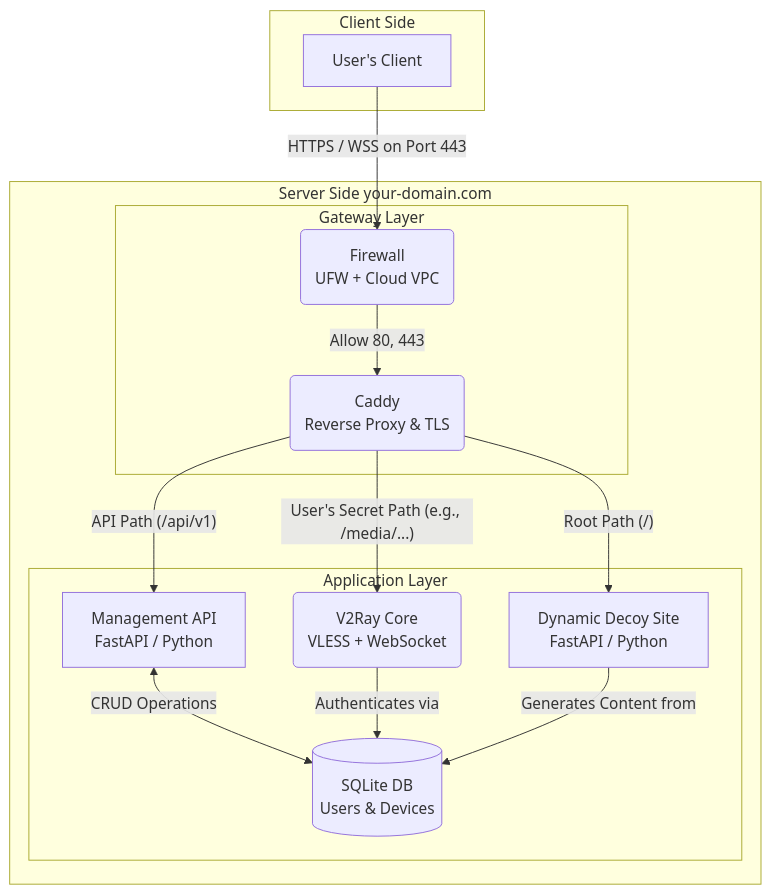
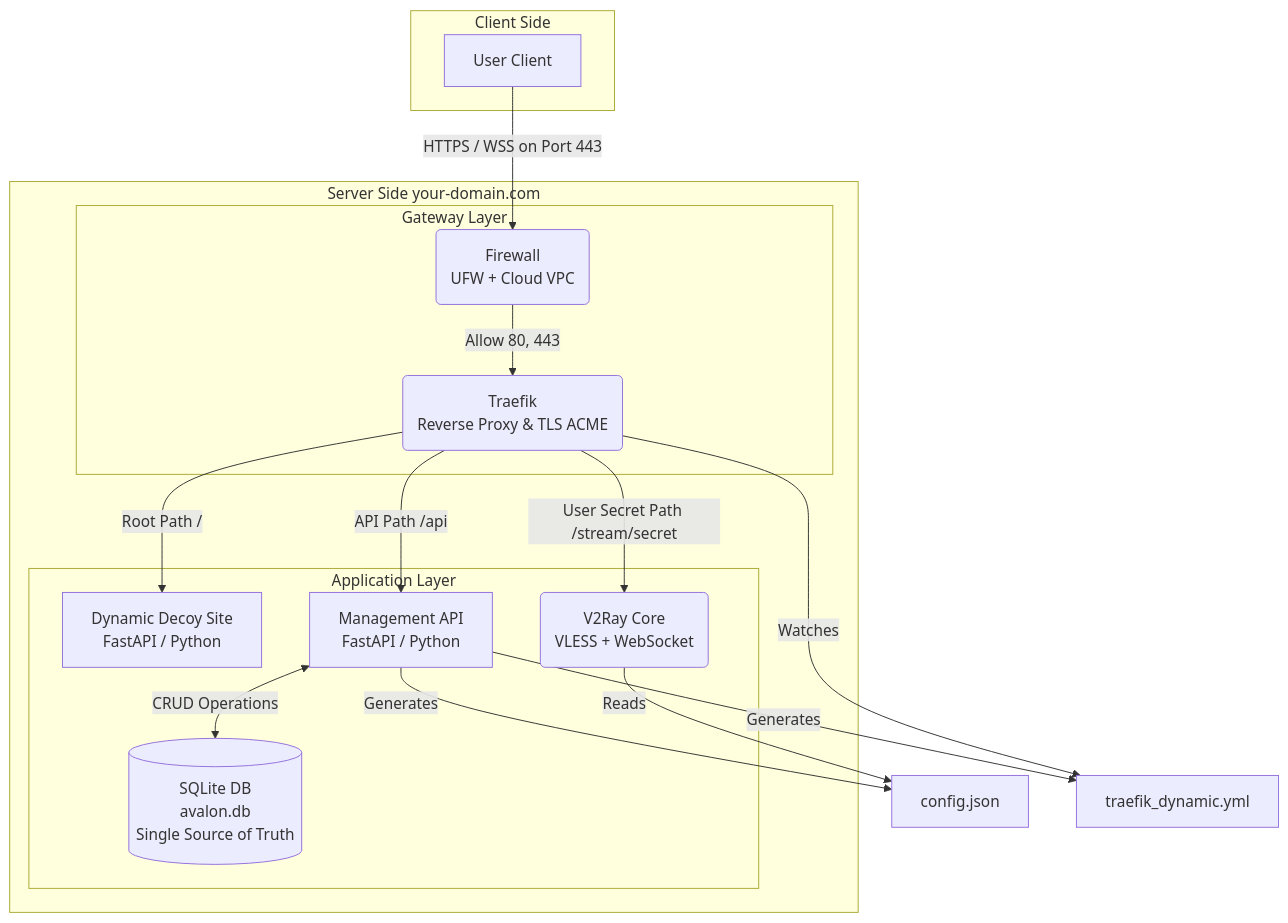
One commit to SentimentalK/Avalon-Tunnel changed the diagram in README.md. Above: the diagram before and after it, drawn with Mermaid. The commit also changed other lines of this file and 20 other files, not shown here.

`````diff
--- a/README.md
+++ b/README.md
@@ -21,31 +22,33 @@
 ```mermaid
 graph TD
     subgraph Client Side
-        Client[<fa:fa-user> User's Client]
+        Client[User Client]
     end
 
     subgraph Server Side your-domain.com
         subgraph Gateway Layer
-            Firewall( <fa:fa-shield-alt> Firewall <br> UFW + Cloud VPC)
-            Caddy( <fa:fa-sitemap> Caddy <br> Reverse Proxy & TLS)
+            Firewall(Firewall <br> UFW + Cloud VPC)
+            Traefik(Traefik <br> Reverse Proxy & TLS ACME)
         end
 
         subgraph Application Layer
-            Decoy[ <fa:fa-theater-masks> Dynamic Decoy Site <br> FastAPI / Python ]
-            API[ <fa:fa-cogs> Management API <br> FastAPI / Python ]
-            V2Ray( <fa:fa-rocket> V2Ray Core <br> VLESS + WebSocket)
-            Database[( <fa:fa-database> SQLite DB <br> Users & Devices )]
+            Decoy[Dynamic Decoy Site <br> FastAPI / Python]
+            API[Management API <br> FastAPI / Python]
+            V2Ray(V2Ray Core <br> VLESS + WebSocket)
+            Database[(SQLite DB <br> avalon.db <br> Single Source of Truth)]
         end
     end
 
     Client -- HTTPS / WSS on Port 443 --> Firewall
-    Firewall -- Allow 80, 443 --> Caddy
+    Firewall -- Allow 80, 443 --> Traefik
 
-    Caddy -- Root Path (/) --> Decoy
-    Caddy -- API Path (/api/v1) --> API
-    Caddy -- User's Secret Path (e.g., /media/...) --> V2Ray
+    Traefik -- Root Path / --> Decoy
+    Traefik -- API Path /api --> API
+    Traefik -- User Secret Path /stream/secret --> V2Ray
 
     API <-- CRUD Operations --> Database
-    V2Ray -- Authenticates via --> Database
-    Decoy -- Generates Content from --> Database
-````
+    API -- Generates --> V2RayConfig[config.json]
+    API -- Generates --> TraefikConfig[traefik_dynamic.yml]
+    V2Ray -- Reads --> V2RayConfig
+    Traefik -- Watches --> TraefikConfig
+```
`````
